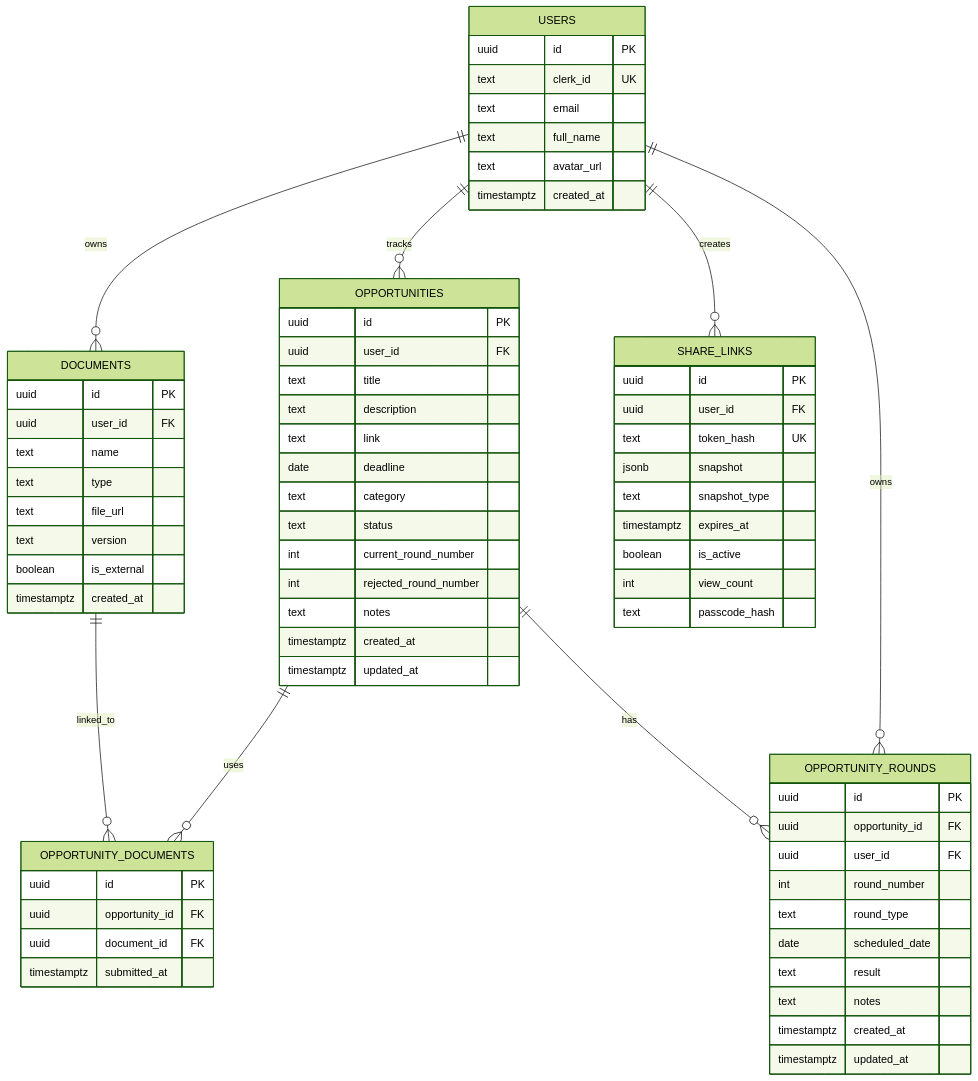
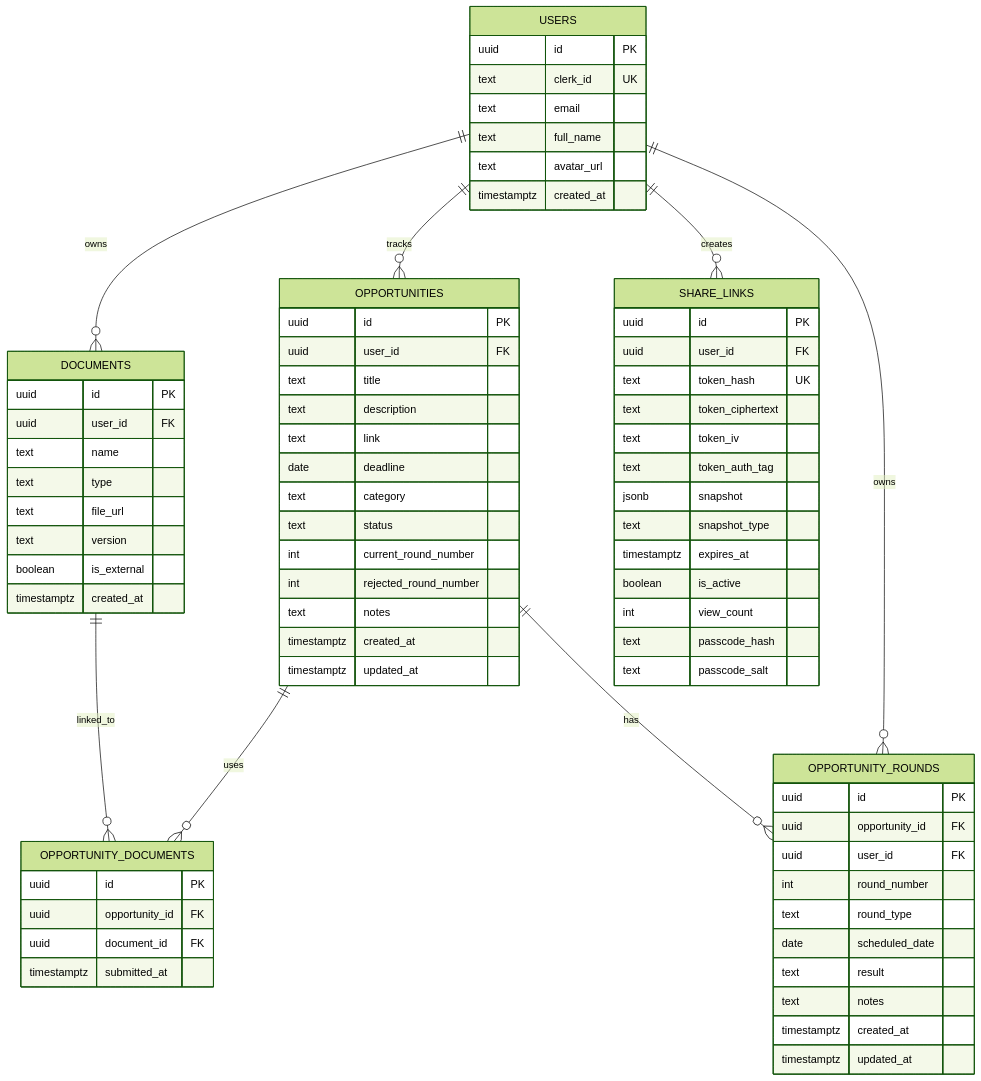
The second of 2 diagrams in README.md (Dev1822/FutureStack), drawn with Mermaid (forest theme) before and after one commit. The commit also changed 13 other files, not shown here.

````diff
--- a/README.md
+++ b/README.md
@@ -160,78 +160,82 @@
 ```mermaid
 erDiagram
     USERS ||--o{ OPPORTUNITIES : tracks
     USERS ||--o{ DOCUMENTS : owns
     USERS ||--o{ OPPORTUNITY_ROUNDS : owns
     USERS ||--o{ SHARE_LINKS : creates
     OPPORTUNITIES ||--o{ OPPORTUNITY_DOCUMENTS : uses
     OPPORTUNITIES ||--o{ OPPORTUNITY_ROUNDS : has
     DOCUMENTS ||--o{ OPPORTUNITY_DOCUMENTS : linked_to
 
     USERS {
         uuid id PK
         text clerk_id UK
         text email
         text full_name
         text avatar_url
         timestamptz created_at
     }
 
     OPPORTUNITIES {
         uuid id PK
         uuid user_id FK
         text title
         text description
         text link
         date deadline
         text category
         text status
         int current_round_number
         int rejected_round_number
         text notes
         timestamptz created_at
         timestamptz updated_at
     }
 
     OPPORTUNITY_ROUNDS {
         uuid id PK
         uuid opportunity_id FK
         uuid user_id FK
         int round_number
         text round_type
         date scheduled_date
         text result
         text notes
         timestamptz created_at
         timestamptz updated_at
     }
 
     DOCUMENTS {
         uuid id PK
         uuid user_id FK
         text name
         text type
         text file_url
         text version
         boolean is_external
         timestamptz created_at
     }
 
     OPPORTUNITY_DOCUMENTS {
         uuid id PK
         uuid opportunity_id FK
         uuid document_id FK
         timestamptz submitted_at
     }
 
     SHARE_LINKS {
         uuid id PK
         uuid user_id FK
         text token_hash UK
+        text token_ciphertext
+        text token_iv
+        text token_auth_tag
         jsonb snapshot
         text snapshot_type
         timestamptz expires_at
         boolean is_active
         int view_count
         text passcode_hash
+        text passcode_salt
     }
 ```
````
